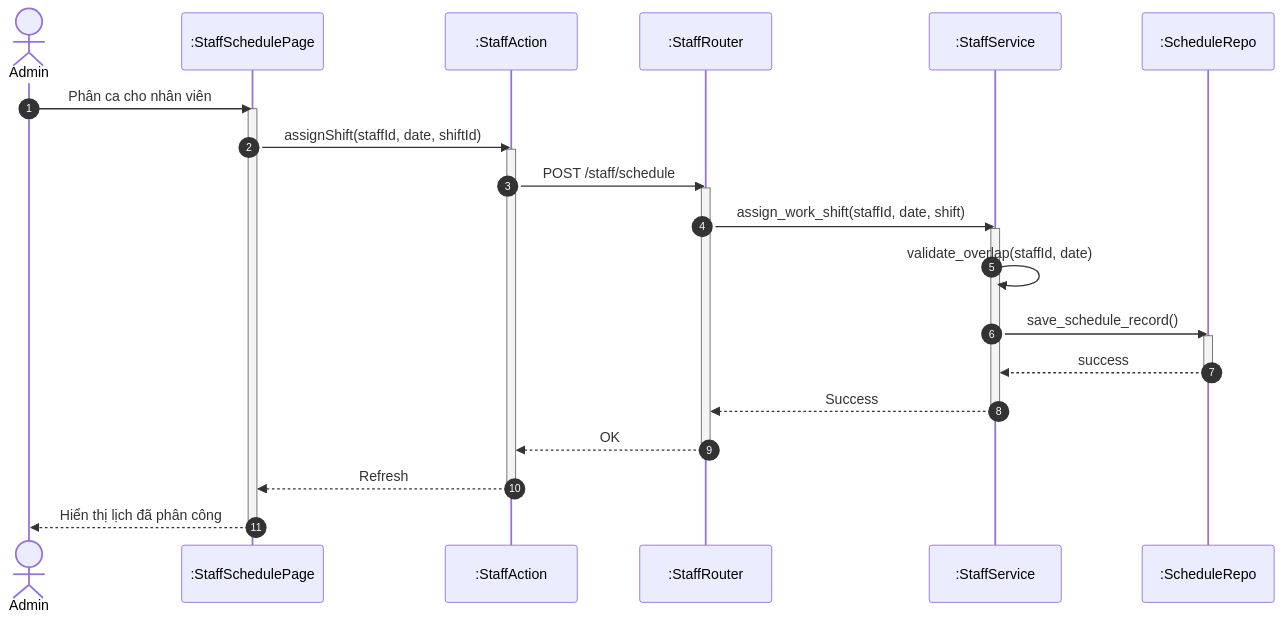
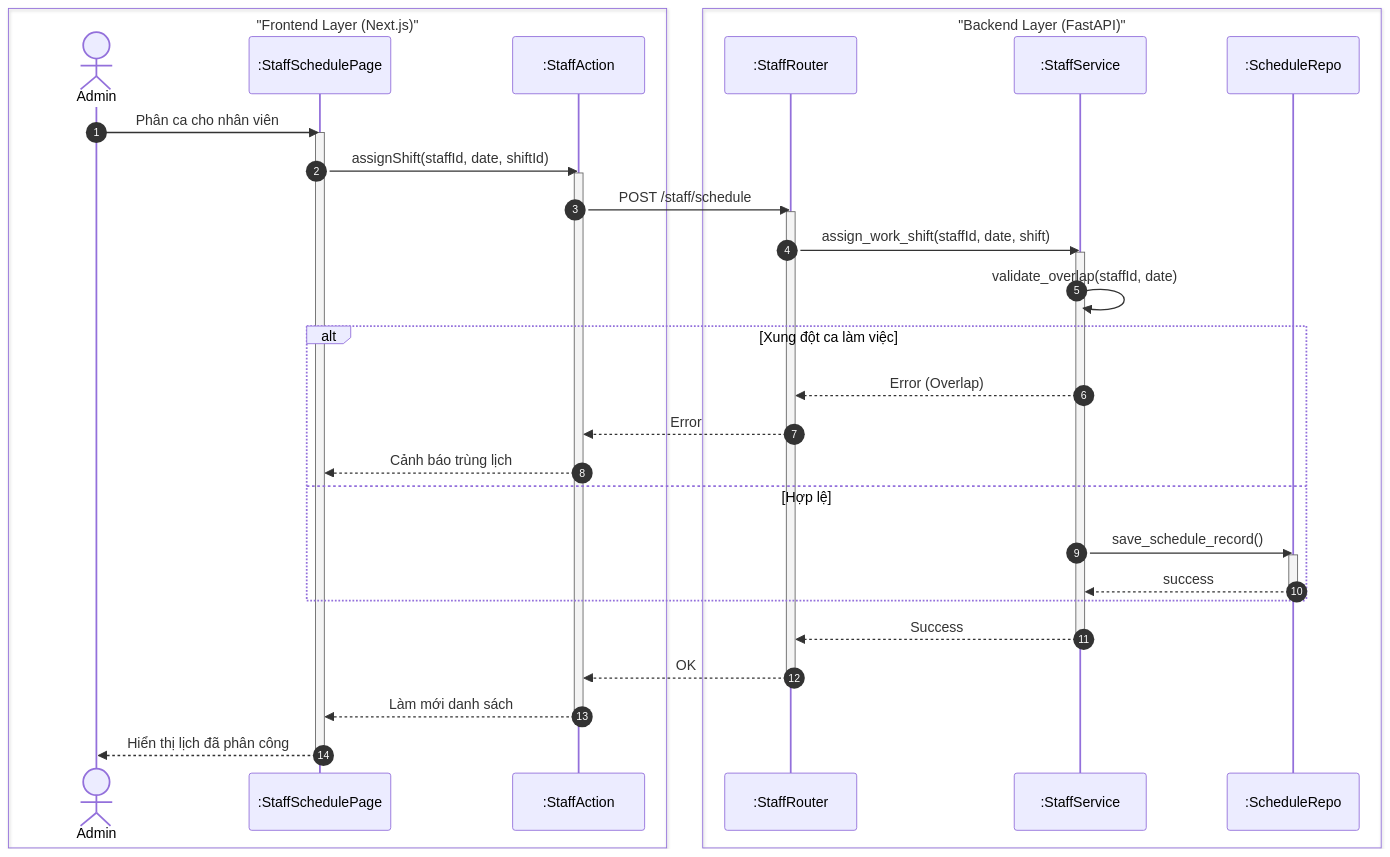
One commit to ngoctinn/Synapse changed the third of 4 diagrams in docs/design/sequences/admin_flows.md. Above: the diagram before and after it, drawn with Mermaid. The commit also changed other lines of this file and 4 other files, not shown here.

Commit message:
docs: Add initial sequence diagrams for authentication, customer, technician, receptionist, and admin flows.

````diff
--- a/docs/design/sequences/admin_flows.md
+++ b/docs/design/sequences/admin_flows.md
@@ -112,40 +122,51 @@
 ```mermaid
 sequenceDiagram
     autonumber
-    actor AD as Admin
-    participant UI as :StaffSchedulePage
-    participant BFF as :StaffAction
-    participant API as :StaffRouter
-    participant S as :StaffService
-    participant DB as :ScheduleRepo
+    box "Frontend Layer (Next.js)"
+        actor AD as Admin
+        participant UI as :StaffSchedulePage
+        participant BFF as :StaffAction
+    end
+
+    box "Backend Layer (FastAPI)"
+        participant API as :StaffRouter
+        participant S as :StaffService
+        participant DB as :ScheduleRepo
+    end
 
     AD->>UI: Phân ca cho nhân viên
     activate UI
     UI->>BFF: assignShift(staffId, date, shiftId)
     activate BFF
 
     BFF->>API: POST /staff/schedule
     activate API
 
     API->>S: assign_work_shift(staffId, date, shift)
     activate S
 
     S->>S: validate_overlap(staffId, date)
 
-    S->>DB: save_schedule_record()
-    activate DB
-    DB-->>S: success
-    deactivate DB
+    alt Xung đột ca làm việc
+        S-->>API: Error (Overlap)
+        API-->>BFF: Error
+        BFF-->>UI: Cảnh báo trùng lịch
+    else Hợp lệ
+        S->>DB: save_schedule_record()
+        activate DB
+        DB-->>S: success
+        deactivate DB
+    end
 
     S-->>API: Success
     deactivate S
 
     API-->>BFF: OK
     deactivate API
 
-    BFF-->>UI: Refresh
+    BFF-->>UI: Làm mới danh sách
     deactivate BFF
 
     UI-->>AD: Hiển thị lịch đã phân công
     deactivate UI
 ```
````
